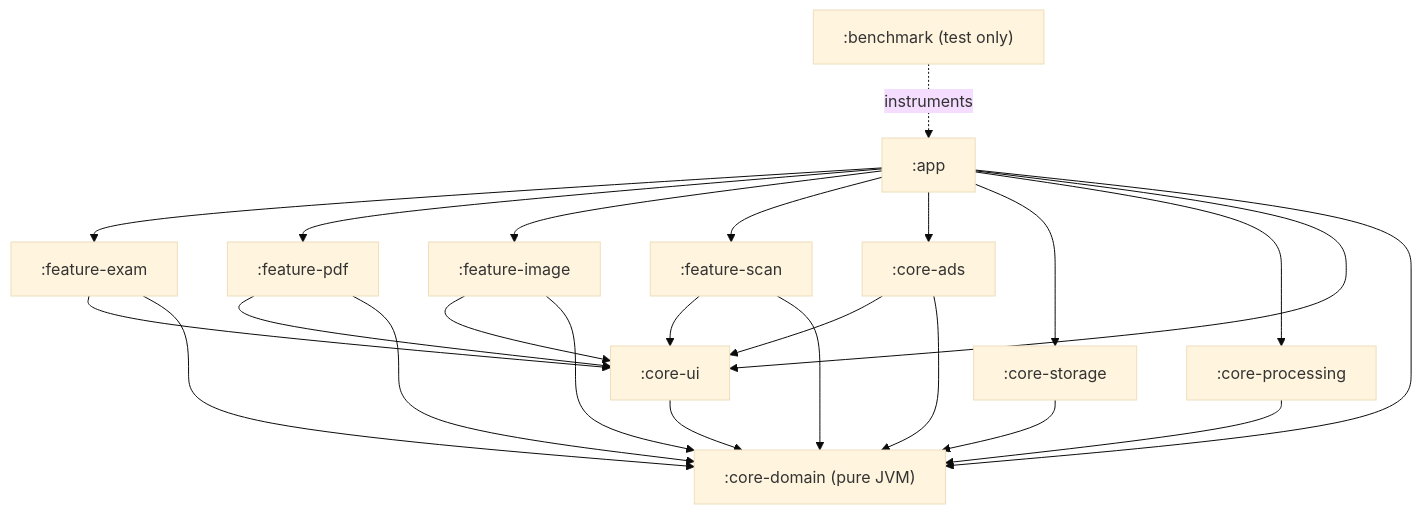
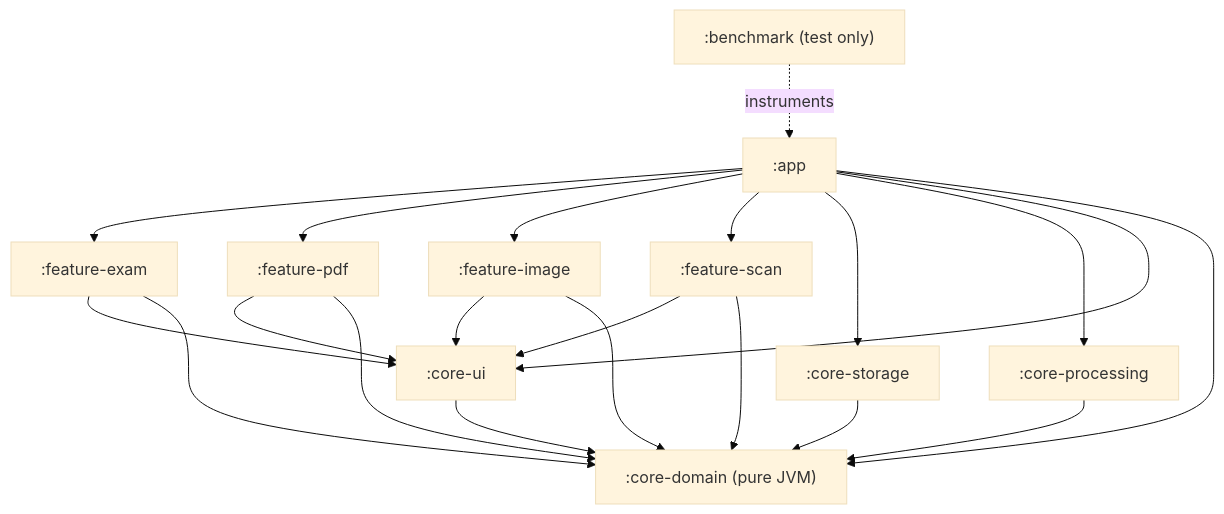
The second of 3 diagrams in docs/ARCHITECTURE.md (letsdeepchat/MrFileFixit), drawn with Mermaid (base theme) before and after one commit. The commit also changed other lines of this file and 76 other files, not shown here.

````diff
--- a/docs/ARCHITECTURE.md
+++ b/docs/ARCHITECTURE.md
@@ -39,28 +40,26 @@
 ```mermaid
 flowchart TD
     app[":app"]
     bench[":benchmark (test only)"]
     fexam[":feature-exam"]
     fpdf[":feature-pdf"]
     fimg[":feature-image"]
     fscan[":feature-scan"]
     cui[":core-ui"]
-    cads[":core-ads"]
     cstore[":core-storage"]
     cproc[":core-processing"]
     cdom[":core-domain (pure JVM)"]
 
     app --> fexam & fpdf & fimg & fscan
-    app --> cads & cstore & cproc & cui & cdom
+    app --> cstore & cproc & cui & cdom
     bench -. instruments .-> app
 
     fexam --> cui & cdom
     fpdf --> cui & cdom
     fimg --> cui & cdom
     fscan --> cui & cdom
 
-    cads --> cui & cdom
     cui --> cdom
     cstore --> cdom
     cproc --> cdom
 ```
````
